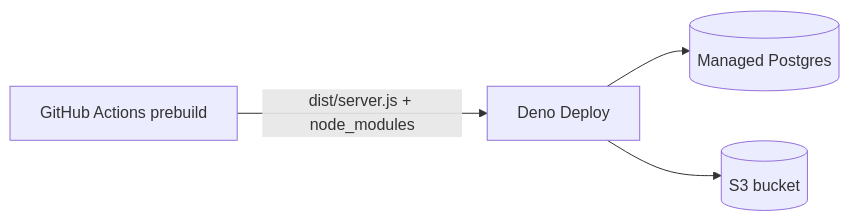
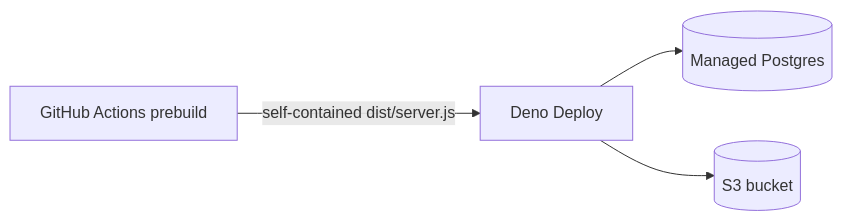
One commit to tojemoc/vmp changed the diagram in packages/api-node/README.md. Above: the diagram before and after it, drawn with Mermaid. The commit also changed other lines of this file and 8 other files, not shown here.

````diff
--- a/packages/api-node/README.md
+++ b/packages/api-node/README.md
@@ -48,10 +48,10 @@
 ```mermaid
 flowchart LR
   GHA[GitHub Actions prebuild]
   DD[Deno Deploy]
   PG[(Managed Postgres)]
   S3[(S3 bucket)]
-  GHA -->|dist/server.js + node_modules| DD
+  GHA -->|self-contained dist/server.js| DD
   DD --> PG
   DD --> S3
 ```
````
